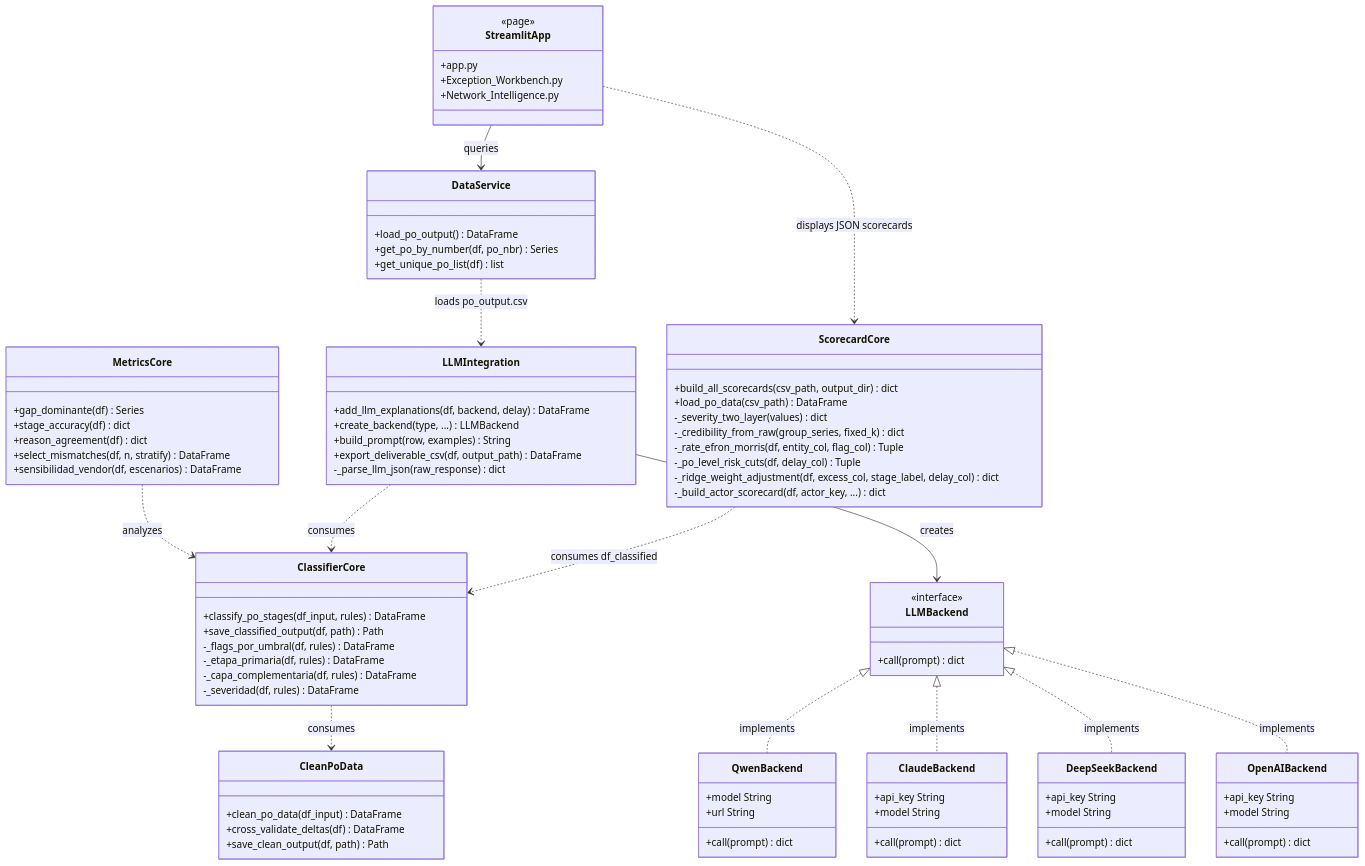
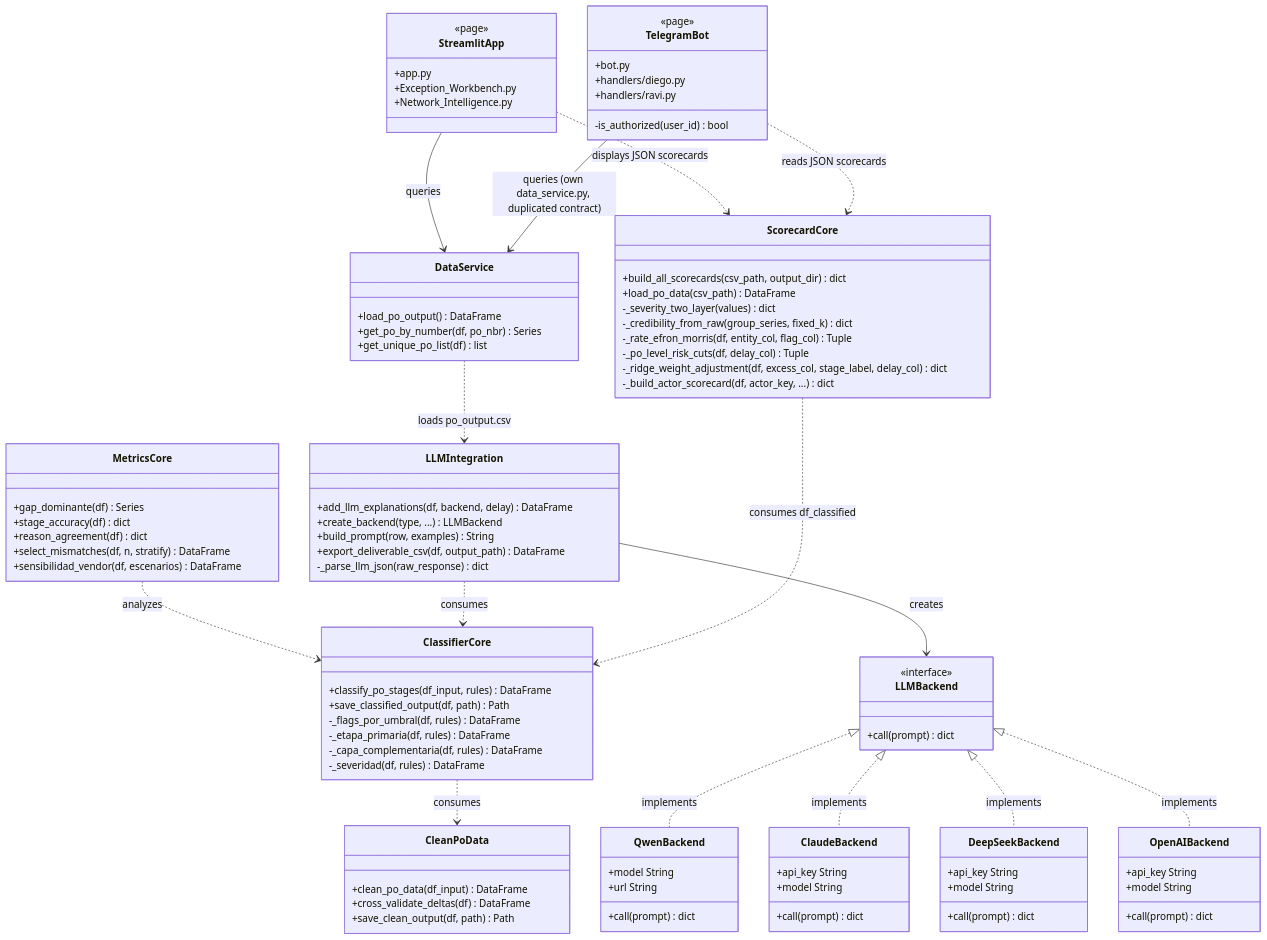
Before and after one commit to CCMarv/po-delay-analyzer: the first of 4 diagrams in documentation/SAD.en.md, drawn with Mermaid. The commit also changed other lines of this file and 1 other file, not shown here.

First line of the commit message:
docs(SAD): agrega el bot de Telegram a diagramas, despliegue e interfaces

````diff
--- a/documentation/SAD.en.md
+++ b/documentation/SAD.en.md
@@ -166,6 +168,14 @@
         +Network_Intelligence.py
     }
 
+    class TelegramBot {
+        <<page>>
+        +bot.py
+        +handlers/diego.py
+        +handlers/ravi.py
+        -is_authorized(user_id) bool
+    }
+
     ClassifierCore ..> CleanPoData : consumes
     MetricsCore ..> ClassifierCore : analyzes
     LLMIntegration ..> ClassifierCore : consumes
@@ -179,4 +189,6 @@
     DataService ..> LLMIntegration : loads po_output.csv
     StreamlitApp --> DataService : queries
     StreamlitApp ..> ScorecardCore : displays JSON scorecards
+    TelegramBot --> DataService : queries (own data_service.py, duplicated contract)
+    TelegramBot ..> ScorecardCore : reads JSON scorecards
 ```
````
